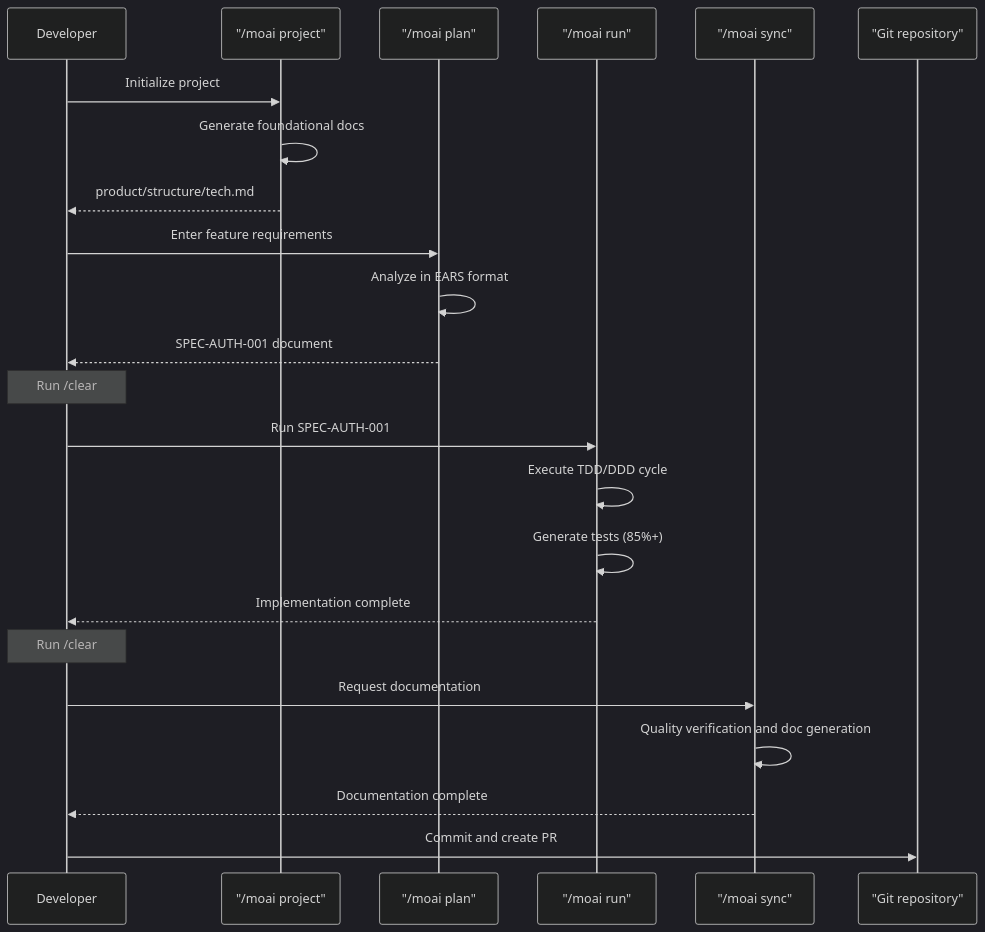
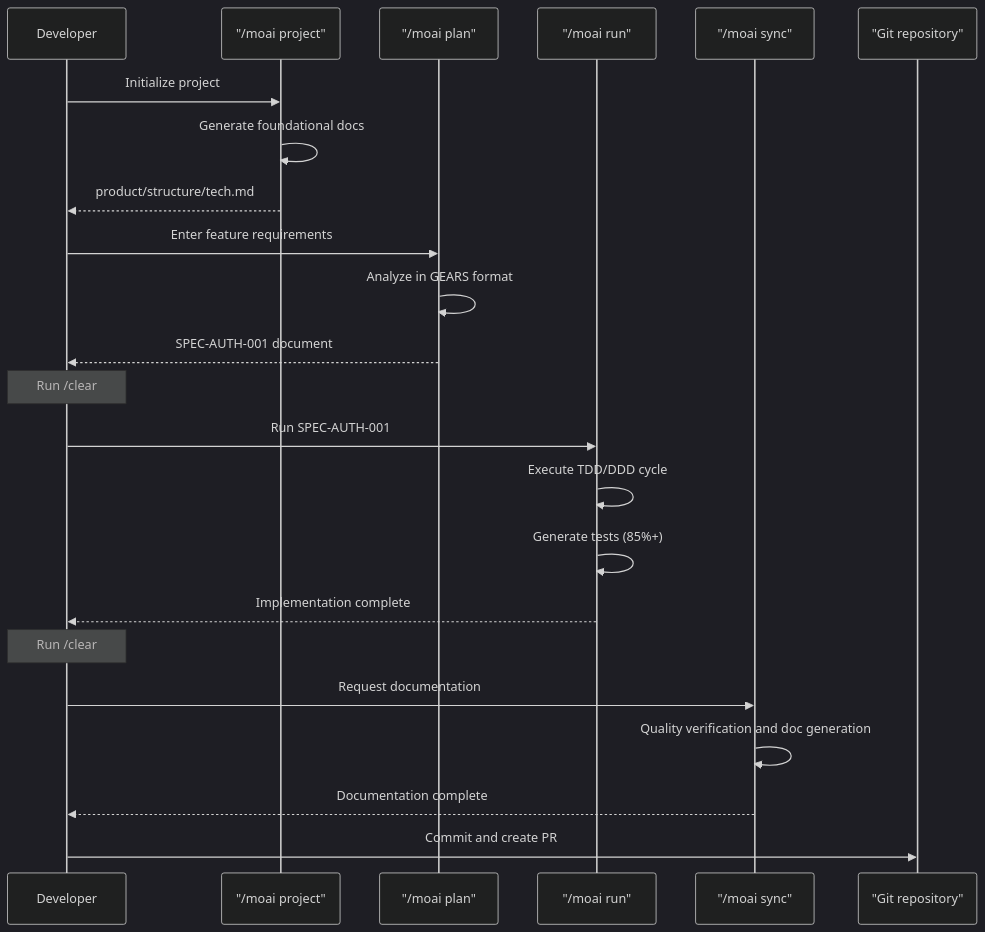
Before and after one commit to modu-ai/moai-adk: the seventh of 9 diagrams in docs-site/content/en/getting-started/quickstart.md, drawn with Mermaid (dark theme). The commit also changed other lines of this file and 15 other files, not shown here.

````diff
--- a/docs-site/content/en/getting-started/quickstart.md
+++ b/docs-site/content/en/getting-started/quickstart.md
@@ -249,32 +249,32 @@
 ```mermaid
 sequenceDiagram
     participant Dev as Developer
     participant Project as "/moai project"
     participant Plan as "/moai plan"
     participant Run as "/moai run"
     participant Sync as "/moai sync"
     participant Git as "Git repository"
 
     Dev->>Project: Initialize project
     Project->>Project: Generate foundational docs
     Project-->>Dev: product/structure/tech.md
 
     Dev->>Plan: Enter feature requirements
-    Plan->>Plan: Analyze in EARS format
+    Plan->>Plan: Analyze in GEARS format
     Plan-->>Dev: SPEC-AUTH-001 document
 
     Note over Dev: Run /clear
 
     Dev->>Run: Run SPEC-AUTH-001
     Run->>Run: Execute TDD/DDD cycle
     Run->>Run: Generate tests (85%+)
     Run-->>Dev: Implementation complete
 
     Note over Dev: Run /clear
 
     Dev->>Sync: Request documentation
     Sync->>Sync: Quality verification and doc generation
     Sync-->>Dev: Documentation complete
 
     Dev->>Git: Commit and create PR
 ```
````
